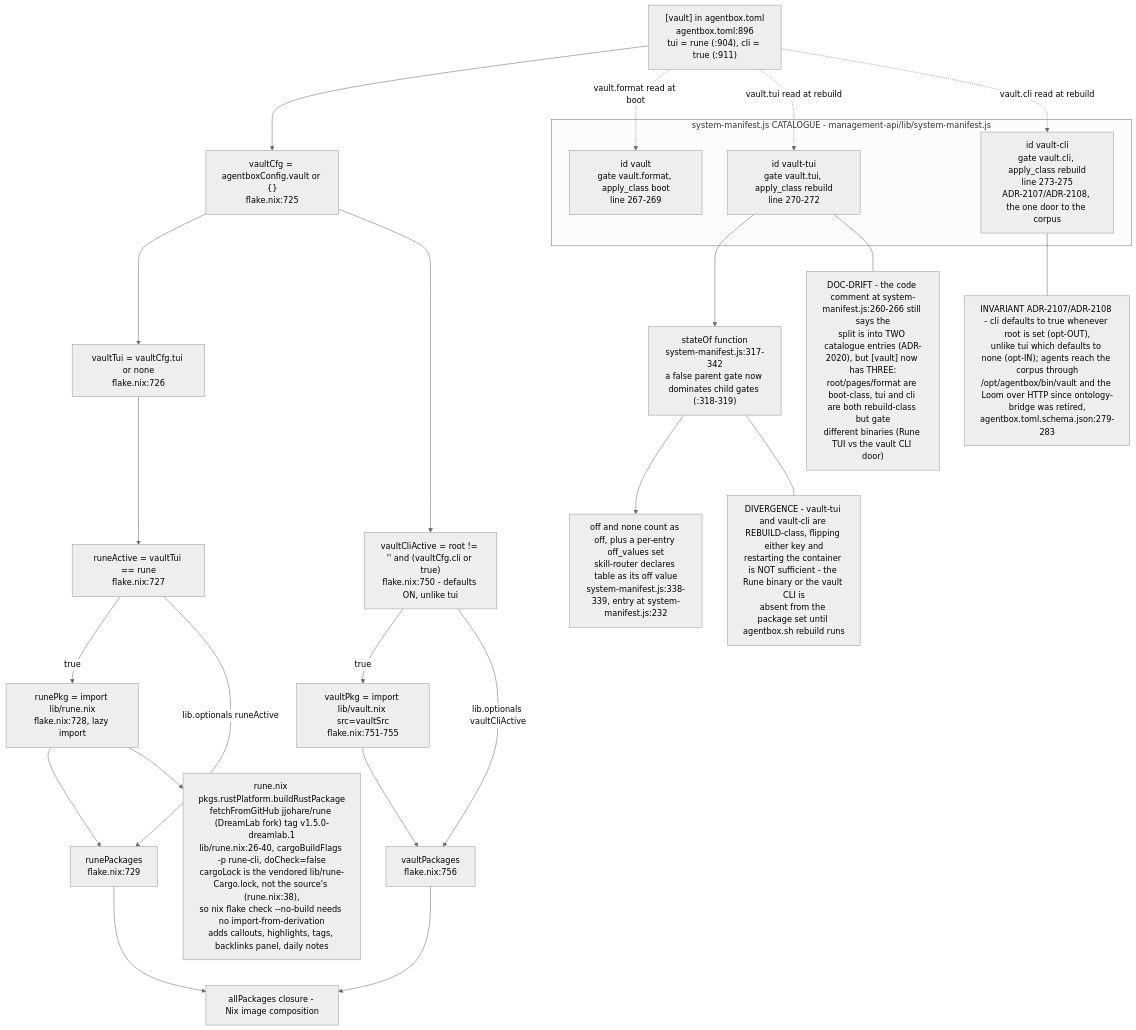
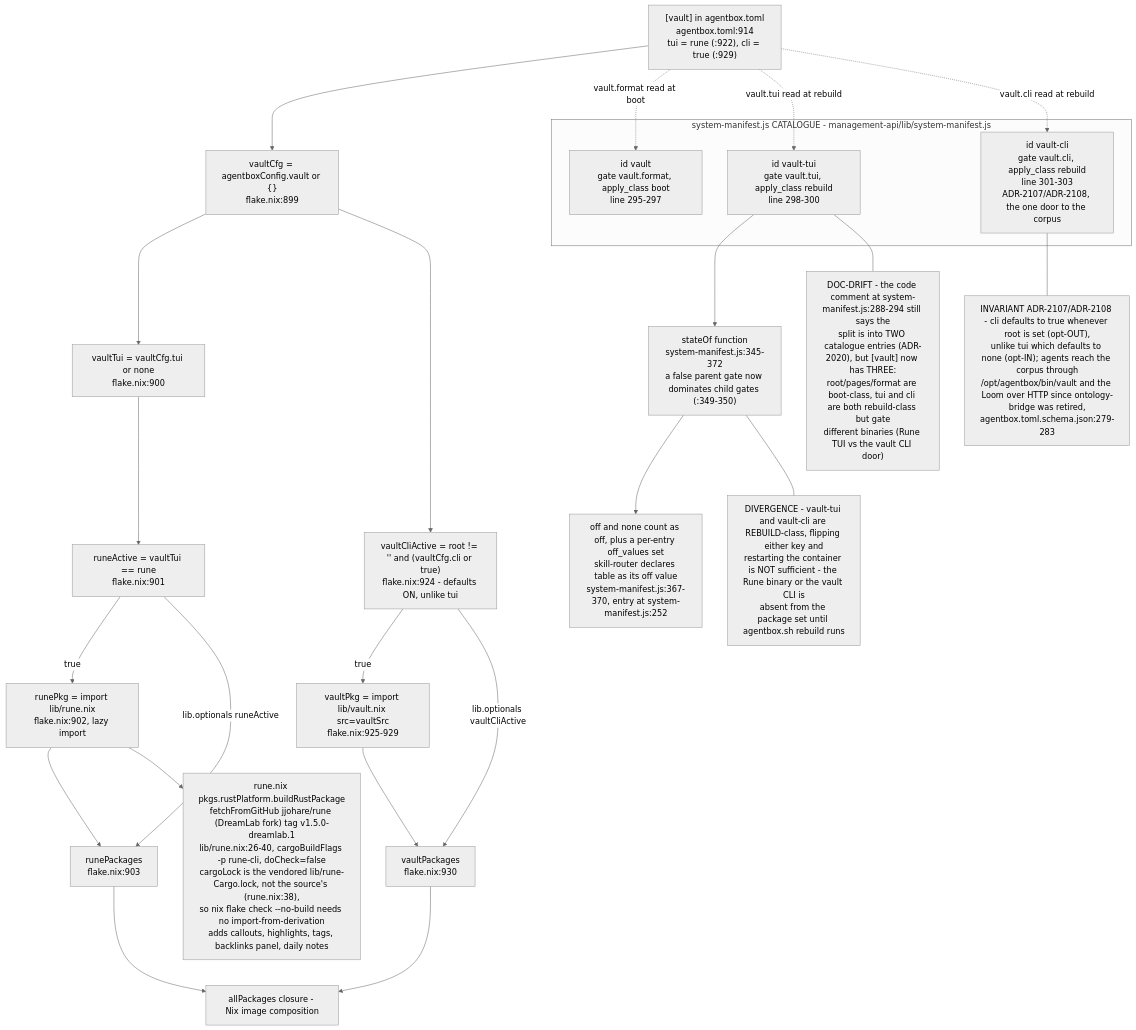
The ninth of 10 diagrams in docs/diagrams/agentbox/01-nix-flake-composition.md (DreamLab-AI/VisionFlow), drawn with Mermaid (neutral theme) before and after one commit. The commit also changed other lines of this file and 111 other files, not shown here.

Commit message:
docs(diagrams): align estate maps with current source

````diff
--- a/docs/diagrams/agentbox/01-nix-flake-composition.md
+++ b/docs/diagrams/agentbox/01-nix-flake-composition.md
@@ -399,44 +396,44 @@
 ```mermaid
 flowchart TB
-    TOMLVAULT["[vault] in agentbox.toml<br/>agentbox.toml:896<br/>tui = rune (:904), cli = true (:911)"] --> VAULTCFG["vaultCfg = agentboxConfig.vault or {}<br/>flake.nix:725"]
+    TOMLVAULT["[vault] in agentbox.toml<br/>agentbox.toml:914<br/>tui = rune (:922), cli = true (:929)"] --> VAULTCFG["vaultCfg = agentboxConfig.vault or {}<br/>flake.nix:899"]
 
-    VAULTCFG --> TUIVAL["vaultTui = vaultCfg.tui or none<br/>flake.nix:726"]
-    TUIVAL --> RUNEACTIVE["runeActive = vaultTui == rune<br/>flake.nix:727"]
-    RUNEACTIVE -->|"true"| RUNEPKGIMPORT["runePkg = import lib/rune.nix<br/>flake.nix:728, lazy import"]
-    RUNEACTIVE -->|"lib.optionals runeActive"| RUNEPACKAGES["runePackages<br/>flake.nix:729"]
+    VAULTCFG --> TUIVAL["vaultTui = vaultCfg.tui or none<br/>flake.nix:900"]
+    TUIVAL --> RUNEACTIVE["runeActive = vaultTui == rune<br/>flake.nix:901"]
+    RUNEACTIVE -->|"true"| RUNEPKGIMPORT["runePkg = import lib/rune.nix<br/>flake.nix:902, lazy import"]
+    RUNEACTIVE -->|"lib.optionals runeActive"| RUNEPACKAGES["runePackages<br/>flake.nix:903"]
     RUNEPKGIMPORT --> RUNEPACKAGES
 
-    VAULTCFG --> CLIVAL["vaultCliActive = root != '' and (vaultCfg.cli or true)<br/>flake.nix:750 - defaults ON, unlike tui"]
-    CLIVAL -->|"true"| VAULTPKGIMPORT["vaultPkg = import lib/vault.nix src=vaultSrc<br/>flake.nix:751-755"]
-    CLIVAL -->|"lib.optionals vaultCliActive"| VAULTPACKAGES["vaultPackages<br/>flake.nix:756"]
+    VAULTCFG --> CLIVAL["vaultCliActive = root != '' and (vaultCfg.cli or true)<br/>flake.nix:924 - defaults ON, unlike tui"]
+    CLIVAL -->|"true"| VAULTPKGIMPORT["vaultPkg = import lib/vault.nix src=vaultSrc<br/>flake.nix:925-929"]
+    CLIVAL -->|"lib.optionals vaultCliActive"| VAULTPACKAGES["vaultPackages<br/>flake.nix:930"]
     VAULTPKGIMPORT --> VAULTPACKAGES
 
     RUNEPACKAGES --> ALLPKG["allPackages closure - Nix image composition"]
     VAULTPACKAGES --> ALLPKG
 
     RUNEBUILD["rune.nix pkgs.rustPlatform.buildRustPackage<br/>fetchFromGitHub jjohare/rune (DreamLab fork) tag v1.5.0-dreamlab.1<br/>lib/rune.nix:26-40, cargoBuildFlags -p rune-cli, doCheck=false<br/>cargoLock is the vendored lib/rune-Cargo.lock, not the source's (rune.nix:38),<br/>so nix flake check --no-build needs no import-from-derivation<br/>adds callouts, highlights, tags, backlinks panel, daily notes"]
     RUNEPKGIMPORT --> RUNEBUILD
 
     subgraph MANIFEST["system-manifest.js CATALOGUE - management-api/lib/system-manifest.js"]
-        VAULTENTRY["id vault<br/>gate vault.format, apply_class boot<br/>line 267-269"]
-        VAULTTUIENTRY["id vault-tui<br/>gate vault.tui, apply_class rebuild<br/>line 270-272"]
-        VAULTCLIENTRY["id vault-cli<br/>gate vault.cli, apply_class rebuild<br/>line 273-275<br/>ADR-2107/ADR-2108, the one door to the corpus"]
+        VAULTENTRY["id vault<br/>gate vault.format, apply_class boot<br/>line 295-297"]
+        VAULTTUIENTRY["id vault-tui<br/>gate vault.tui, apply_class rebuild<br/>line 298-300"]
+        VAULTCLIENTRY["id vault-cli<br/>gate vault.cli, apply_class rebuild<br/>line 301-303<br/>ADR-2107/ADR-2108, the one door to the corpus"]
     end
 
     TOMLVAULT -.->|"vault.format read at boot"| VAULTENTRY
     TOMLVAULT -.->|"vault.tui read at rebuild"| VAULTTUIENTRY
     TOMLVAULT -.->|"vault.cli read at rebuild"| VAULTCLIENTRY
 
-    STATEOF["stateOf function<br/>system-manifest.js:317-342<br/>a false parent gate now dominates child gates (:318-319)"]
+    STATEOF["stateOf function<br/>system-manifest.js:345-372<br/>a false parent gate now dominates child gates (:349-350)"]
     VAULTTUIENTRY --> STATEOF
-    STATEOF --> MODESTRING["off and none count as off, plus a per-entry off_values set<br/>skill-router declares table as its off value<br/>system-manifest.js:338-339, entry at system-manifest.js:232"]
+    STATEOF --> MODESTRING["off and none count as off, plus a per-entry off_values set<br/>skill-router declares table as its off value<br/>system-manifest.js:367-370, entry at system-manifest.js:252"]
 
-    NOTE1["DOC-DRIFT - the code comment at system-manifest.js:260-266 still says the<br/>split is into TWO catalogue entries (ADR-2020), but [vault] now has THREE:<br/>root/pages/format are boot-class, tui and cli are both rebuild-class but gate<br/>different binaries (Rune TUI vs the vault CLI door)"]
+    NOTE1["DOC-DRIFT - the code comment at system-manifest.js:288-294 still says the<br/>split is into TWO catalogue entries (ADR-2020), but [vault] now has THREE:<br/>root/pages/format are boot-class, tui and cli are both rebuild-class but gate<br/>different binaries (Rune TUI vs the vault CLI door)"]
     VAULTTUIENTRY --- NOTE1
 
     NOTE2["DIVERGENCE - vault-tui and vault-cli are REBUILD-class, flipping either key and<br/>restarting the container is NOT sufficient - the Rune binary or the vault CLI is<br/>absent from the package set until agentbox.sh rebuild runs"]
     STATEOF --- NOTE2
 
     NOTE3["INVARIANT ADR-2107/ADR-2108 - cli defaults to true whenever root is set (opt-OUT),<br/>unlike tui which defaults to none (opt-IN); agents reach the corpus through<br/>/opt/agentbox/bin/vault and the Loom over HTTP since ontology-bridge was retired,<br/>agentbox.toml.schema.json:279-283"]
     VAULTCLIENTRY --- NOTE3
 ```
````
